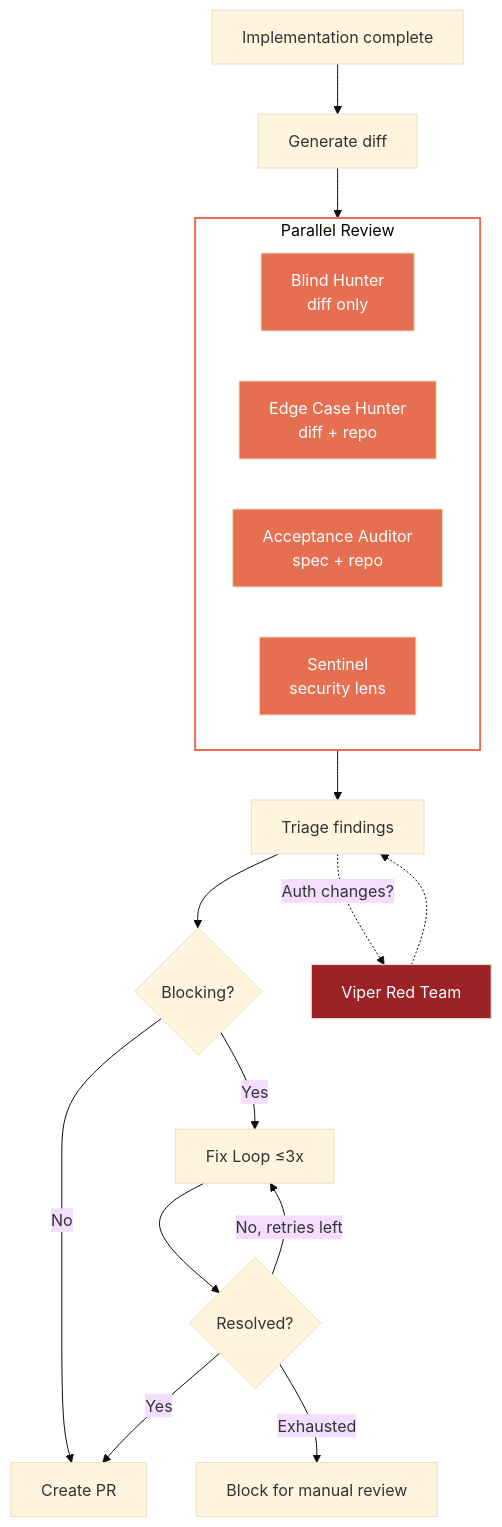
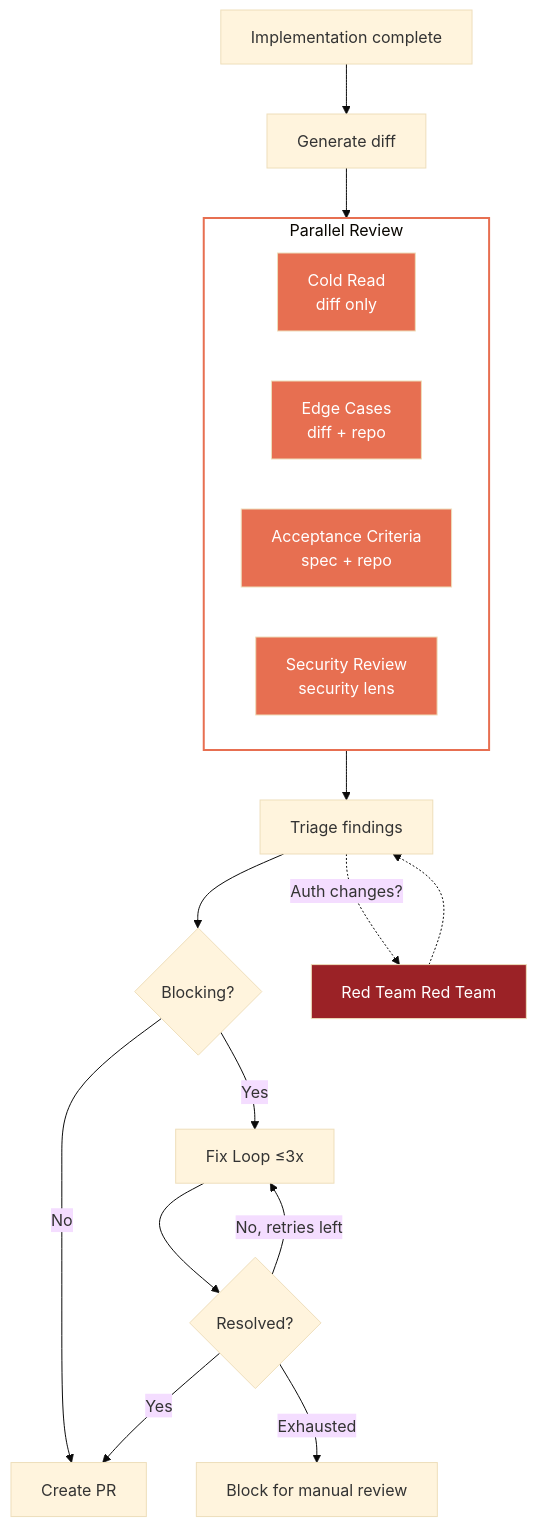
The diagram in docs/review-process.md (jamescrowley321/identity-stack-planning), drawn with Mermaid (base theme) before and after one commit. The commit also changed other lines of this file and 26 other files, not shown here.

First line of the commit message:
docs: follow the blind-peer-review rename

````diff
--- a/docs/review-process.md
+++ b/docs/review-process.md
@@ -98,31 +98,31 @@
 ```mermaid
 flowchart TD
     IMPL[Implementation complete] --> DIFF[Generate diff]
 
     subgraph reviewers["Parallel Review"]
-        BH[Blind Hunter<br/>diff only]
-        ECH[Edge Case Hunter<br/>diff + repo]
-        AA[Acceptance Auditor<br/>spec + repo]
-        SEN[Sentinel<br/>security lens]
+        BH[Cold Read<br/>diff only]
+        ECH[Edge Cases<br/>diff + repo]
+        AA[Acceptance Criteria<br/>spec + repo]
+        SEN[Security Review<br/>security lens]
     end
 
     DIFF --> reviewers
     reviewers --> TRIAGE[Triage findings]
 
     TRIAGE --> CHECK{Blocking?}
     CHECK -->|No| PR[Create PR]
     CHECK -->|Yes| FIX[Fix Loop ≤3x]
     FIX --> RECHECK{Resolved?}
     RECHECK -->|Yes| PR
     RECHECK -->|No, retries left| FIX
     RECHECK -->|Exhausted| BLOCK[Block for manual review]
 
-    TRIAGE -.->|Auth changes?| VIP[Viper Red Team] -.-> TRIAGE
+    TRIAGE -.->|Auth changes?| VIP[Red Team Red Team] -.-> TRIAGE
 
     style BH fill:#e76f51,color:#fff
     style ECH fill:#e76f51,color:#fff
     style AA fill:#e76f51,color:#fff
     style SEN fill:#e76f51,color:#fff
     style reviewers fill:none,stroke:#e76f51,stroke-width:2px
     style VIP fill:#9b2226,color:#fff
 ```
````
